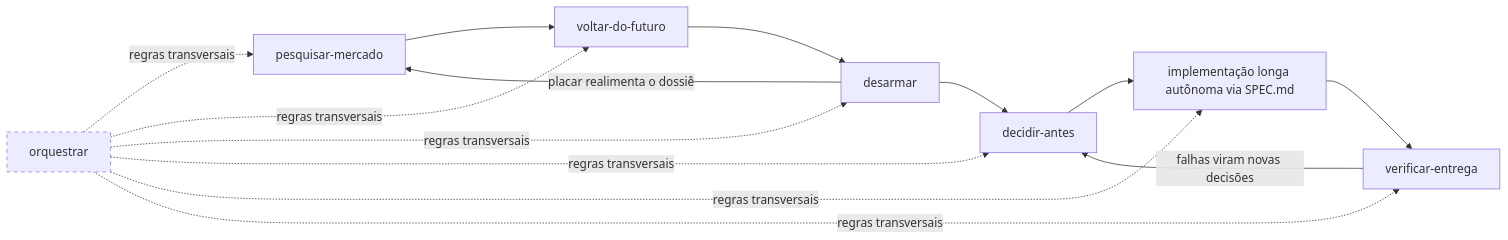
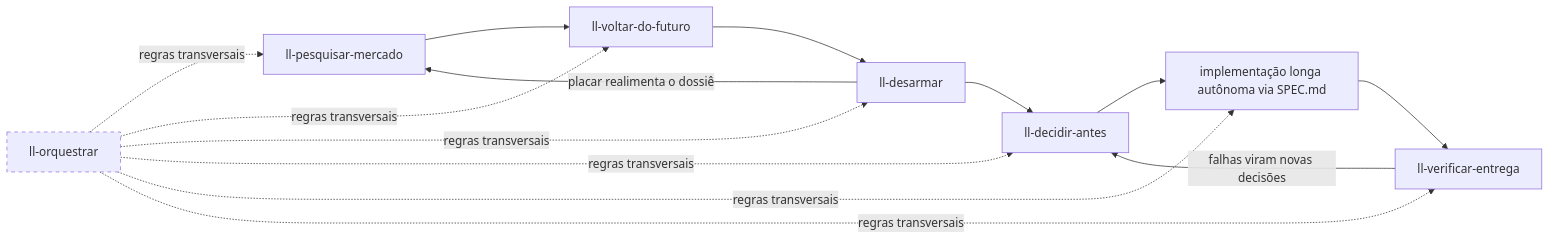
The diagram in README.md (allangdy/ll-skills), drawn with Mermaid before and after one commit. The commit also changed other lines of this file and 48 other files, not shown here.

````diff
--- a/README.md
+++ b/README.md
@@ -24,12 +32,12 @@
 ```mermaid
 flowchart LR
-    A[pesquisar-mercado] --> B[voltar-do-futuro]
-    B --> C[desarmar]
+    A[ll-pesquisar-mercado] --> B[ll-voltar-do-futuro]
+    B --> C[ll-desarmar]
     C -->|placar realimenta o dossiê| A
-    C --> D[decidir-antes]
+    C --> D[ll-decidir-antes]
     D --> E[implementação longa autônoma via SPEC.md]
-    E --> F[verificar-entrega]
+    E --> F[ll-verificar-entrega]
     F -->|falhas viram novas decisões| D
-    O[orquestrar]:::trans -.regras transversais.-> A & B & C & D & E & F
+    O[ll-orquestrar]:::trans -.regras transversais.-> A & B & C & D & E & F
     classDef trans stroke-dasharray: 5 5
 ```
````
